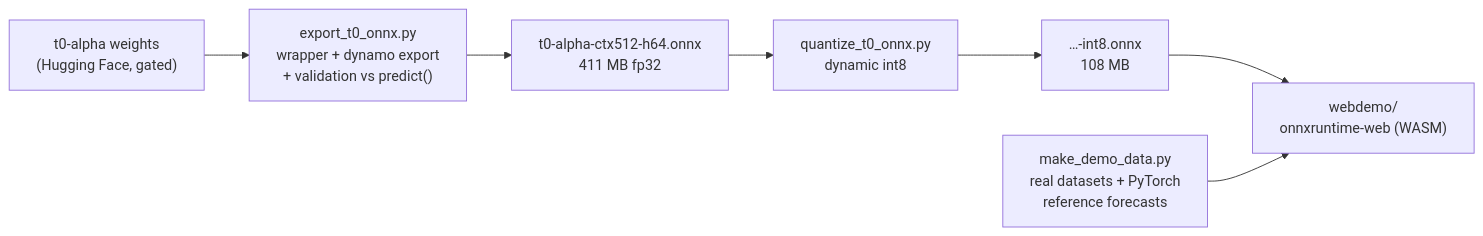
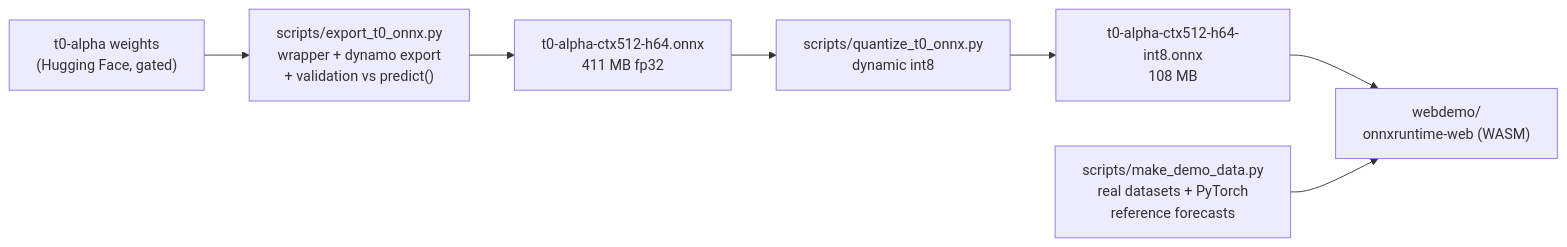
Before and after one commit to sktime/tsfm-onnx: the diagram in README.md, drawn with Mermaid. The commit also changed other lines of this file and 13 other files, not shown here.

````diff
--- a/README.md
+++ b/README.md
@@ -35,9 +42,9 @@
 ```mermaid
 flowchart LR
-    A["t0-alpha weights<br/>(Hugging Face, gated)"] --> B["export_t0_onnx.py<br/>wrapper + dynamo export<br/>+ validation vs predict()"]
+    A["t0-alpha weights<br/>(Hugging Face, gated)"] --> B["scripts/export_t0_onnx.py<br/>wrapper + dynamo export<br/>+ validation vs predict()"]
     B --> C["t0-alpha-ctx512-h64.onnx<br/>411 MB fp32"]
-    C --> D["quantize_t0_onnx.py<br/>dynamic int8"]
-    D --> E["…-int8.onnx<br/>108 MB"]
+    C --> D["scripts/quantize_t0_onnx.py<br/>dynamic int8"]
+    D --> E["t0-alpha-ctx512-h64-int8.onnx<br/>108 MB"]
     E --> F["webdemo/<br/>onnxruntime-web (WASM)"]
-    G["make_demo_data.py<br/>real datasets + PyTorch<br/>reference forecasts"] --> F
+    G["scripts/make_demo_data.py<br/>real datasets + PyTorch<br/>reference forecasts"] --> F
 ```
````
